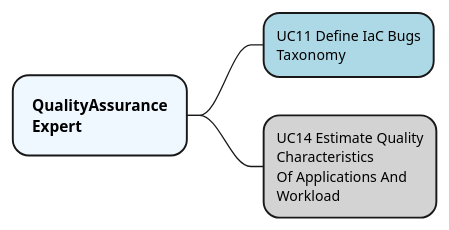
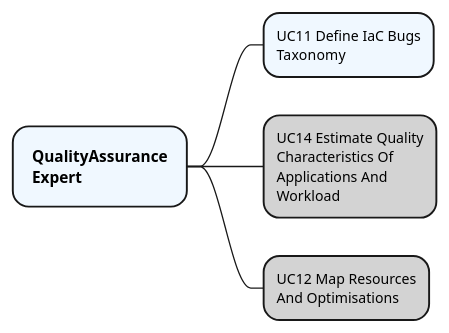
One commit to SODALITE-EU/project-wide-documentation changed the diagram in uml/mind-maps/EAB/MM-QAExpert.puml. Above: the diagram before and after it, drawn with PlantUML.

Commit message:
Added UC12

```diff
--- a/uml/mind-maps/EAB/MM-QAExpert.puml
+++ b/uml/mind-maps/EAB/MM-QAExpert.puml
@@ -1,35 +1,36 @@
 @startmindmap QAExpertUCs
 
 <style>
 mindmapDiagram {
   node {
     Padding 15
     Margin 15
     BackGroundColor LightBlue
   }
   rootNode {
     Padding 15
 	Margin 15
     BackGroundColor AliceBlue
 	FontSize 12
   }
   leafNode {
     Padding 10
-    BackGroundColor LightBlue
+    BackGroundColor AliceBlue
     FontColor Black
     FontSize 11
   }
 }
 </style>
 
 * <b>QualityAssurance</b>\n<b>Expert</b>
 ** UC11 Define IaC Bugs\nTaxonomy
 <style>
   node {
 	BackGroundColor LightGrey
   }
 </style>
-** UC14 Estimate Quality\nCharacteristics\nOf Applications And\nWorkload
+** UC14 Estimate Quality\nCharacteristics Of\nApplications And\nWorkload
+** UC12 Map Resources\nAnd Optimisations
 
 
 @endmindmap
```
